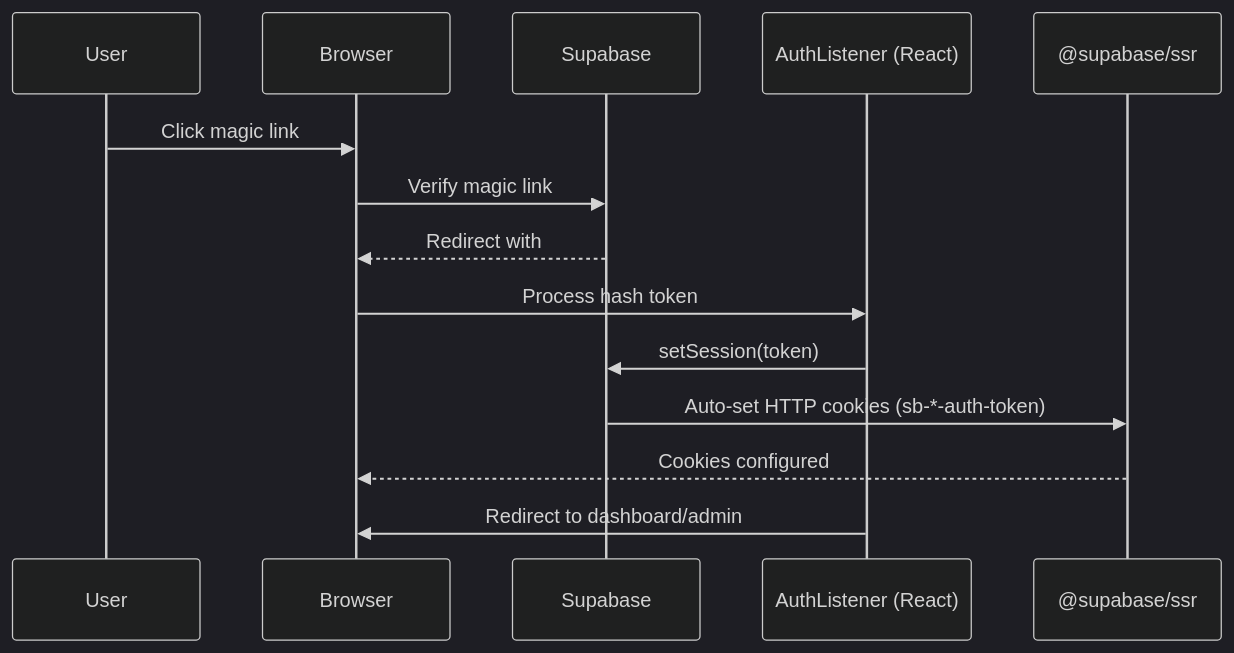
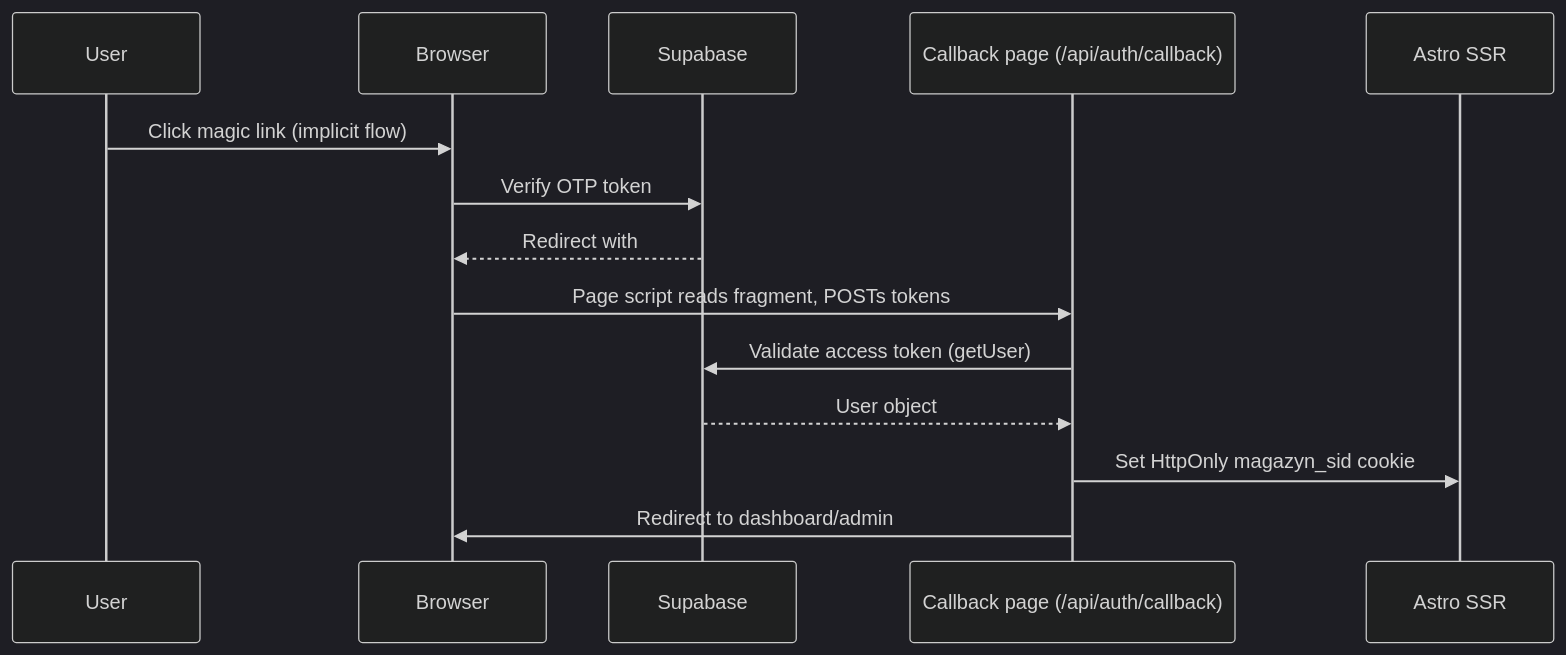
The second of 2 diagrams in documentation/flows/auth-flow.md (AKTK-Bystrze/Magazyn), drawn with Mermaid (dark theme) before and after one commit. The commit also changed other lines of this file and 2 other files, not shown here.

Commit message:
docs(auth): update architecture and auth flow documentation

````diff
--- a/documentation/flows/auth-flow.md
+++ b/documentation/flows/auth-flow.md
@@ -52,17 +52,17 @@
 ```mermaid
 sequenceDiagram
     participant User
     participant Browser
     participant Supabase
-    participant AuthListener as AuthListener (React)
-    participant SSR as @supabase/ssr
+    participant Callback as Callback page (/api/auth/callback)
+    participant Astro as Astro SSR
 
-    User->>Browser: Click magic link
-    Browser->>Supabase: Verify magic link
-    Supabase-->>Browser: Redirect with #access_token
-    Browser->>AuthListener: Process hash token
-    AuthListener->>Supabase: setSession(token)
-    Supabase->>SSR: Auto-set HTTP cookies (sb-*-auth-token)
-    SSR-->>Browser: Cookies configured
-    AuthListener->>Browser: Redirect to dashboard/admin
+    User->>Browser: Click magic link (implicit flow)
+    Browser->>Supabase: Verify OTP token
+    Supabase-->>Browser: Redirect with #access_token (fragment)
+    Browser->>Callback: Page script reads fragment, POSTs tokens
+    Callback->>Supabase: Validate access token (getUser)
+    Supabase-->>Callback: User object
+    Callback->>Astro: Set HttpOnly magazyn_sid cookie
+    Callback->>Browser: Redirect to dashboard/admin
 ```
````
